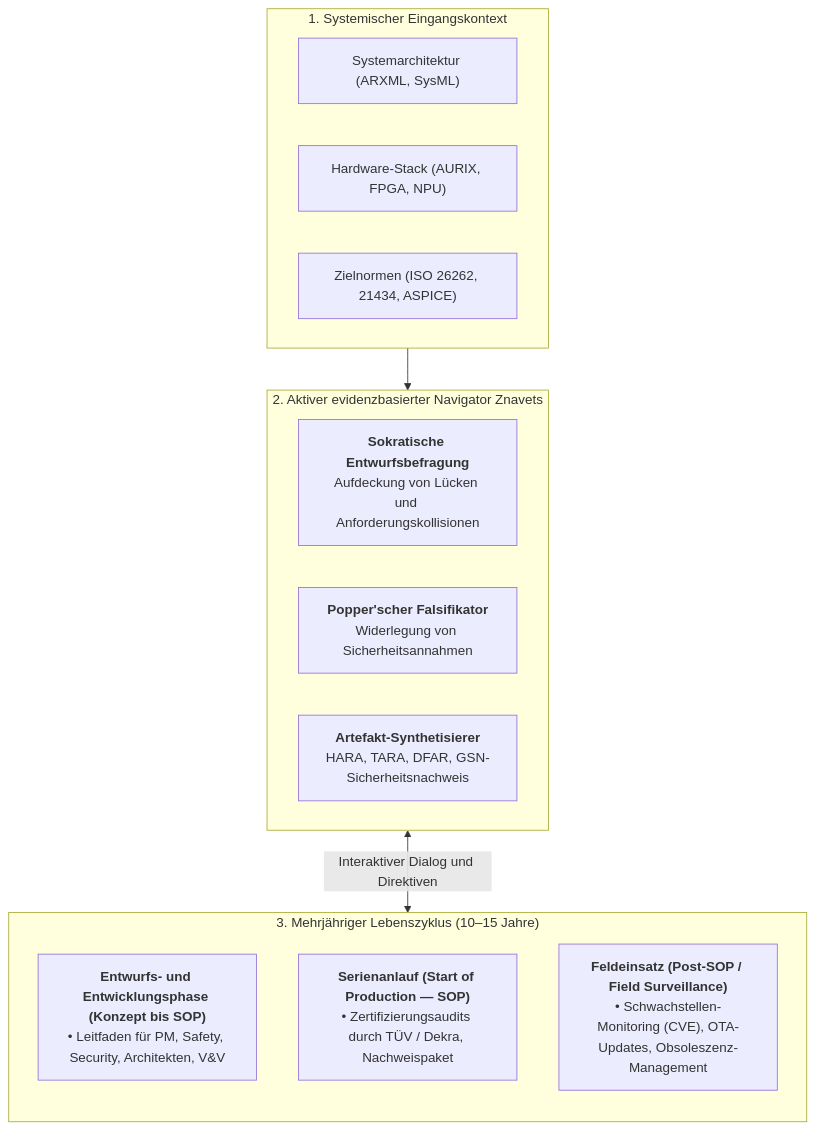
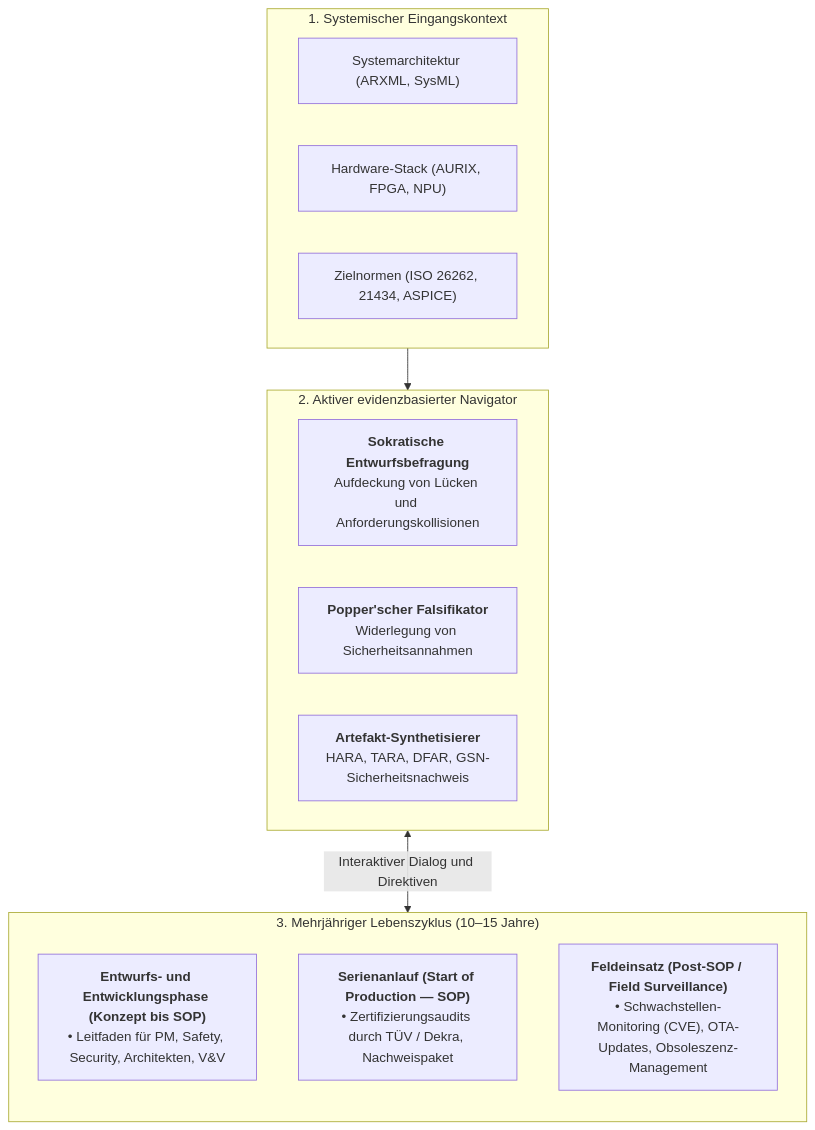
Before and after one commit to nick-fedchik/articles: the first of 3 diagrams in ExpertSystem/translations/de/ch39-active-compliance-auditor-and-popperian-testing.md, drawn with Mermaid. The commit also changed other lines of this file and 32 other files, not shown here.

Commit message:
fix(epistemic): eliminate Znavets brand references from Pro et Contra and architectures across all chapters (UA, EN, DE)

````diff
--- a/ExpertSystem/translations/de/ch39-active-compliance-auditor-and-popperian-testing.md
+++ b/ExpertSystem/translations/de/ch39-active-compliance-auditor-and-popperian-testing.md
@@ -82,27 +82,27 @@
 ```mermaid
 flowchart TD
     accTitle: Interaktive Produktlebenszyklus-Begleitung durch den aktiven Auditor
     accDescr: Expertensystem als Navigator des Ingenieurteams vom Konzept bis zum langfristigen Feldeinsatz.
 
     subgraph INPUTS["1. Systemischer Eingangskontext"]
         SYS_ARCH["Systemarchitektur (ARXML, SysML)"]
         HW_STACK["Hardware-Stack (AURIX, FPGA, NPU)"]
         STANDARDS["Zielnormen (ISO 26262, 21434, ASPICE)"]
     end
 
-    subgraph ENGINE["2. Aktiver evidenzbasierter Navigator Znavets"]
+    subgraph ENGINE["2. Aktiver evidenzbasierter Navigator"]
         SOCRATIC["<b>Sokratische Entwurfsbefragung</b><br/>Aufdeckung von Lücken und Anforderungskollisionen"]
         POPPER_CORE["<b>Popper'scher Falsifikator</b><br/>Widerlegung von Sicherheitsannahmen"]
         SYNTH_DOC["<b>Artefakt-Synthetisierer</b><br/>HARA, TARA, DFAR, GSN-Sicherheitsnachweis"]
     end
 
     subgraph LIFECYCLE["3. Mehrjähriger Lebenszyklus (10–15 Jahre)"]
         direction TB
         DEV["<b>Entwurfs- und Entwicklungsphase (Konzept bis SOP)</b><br/>• Leitfaden für PM, Safety, Security, Architekten, V&V"]
         SOP["<b>Serienanlauf (Start of Production — SOP)</b><br/>• Zertifizierungsaudits durch TÜV / Dekra, Nachweispaket"]
         POST_SOP["<b>Feldeinsatz (Post-SOP / Field Surveillance)</b><br/>• Schwachstellen-Monitoring (CVE), OTA-Updates, Obsoleszenz-Management"]
     end
 
     INPUTS --> ENGINE
     ENGINE <-->|"Interaktiver Dialog und Direktiven"| LIFECYCLE
 ```
````
